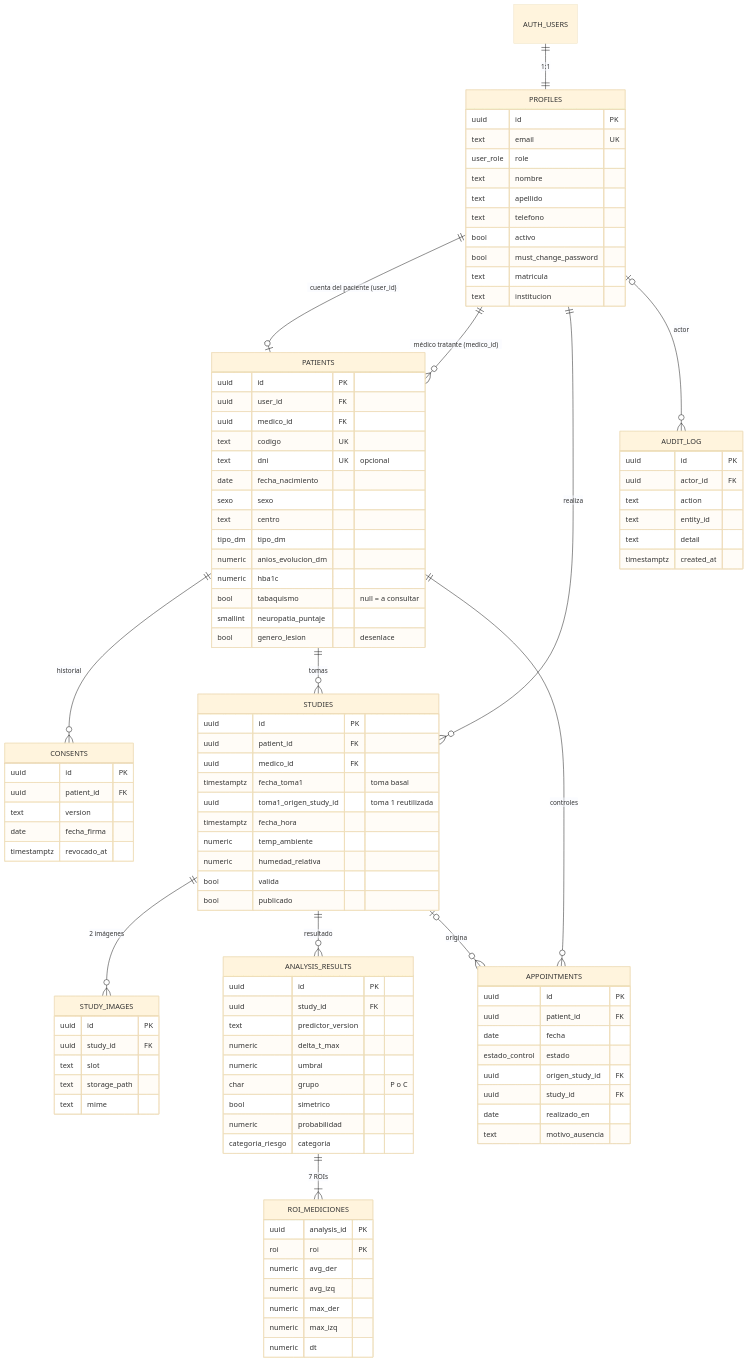
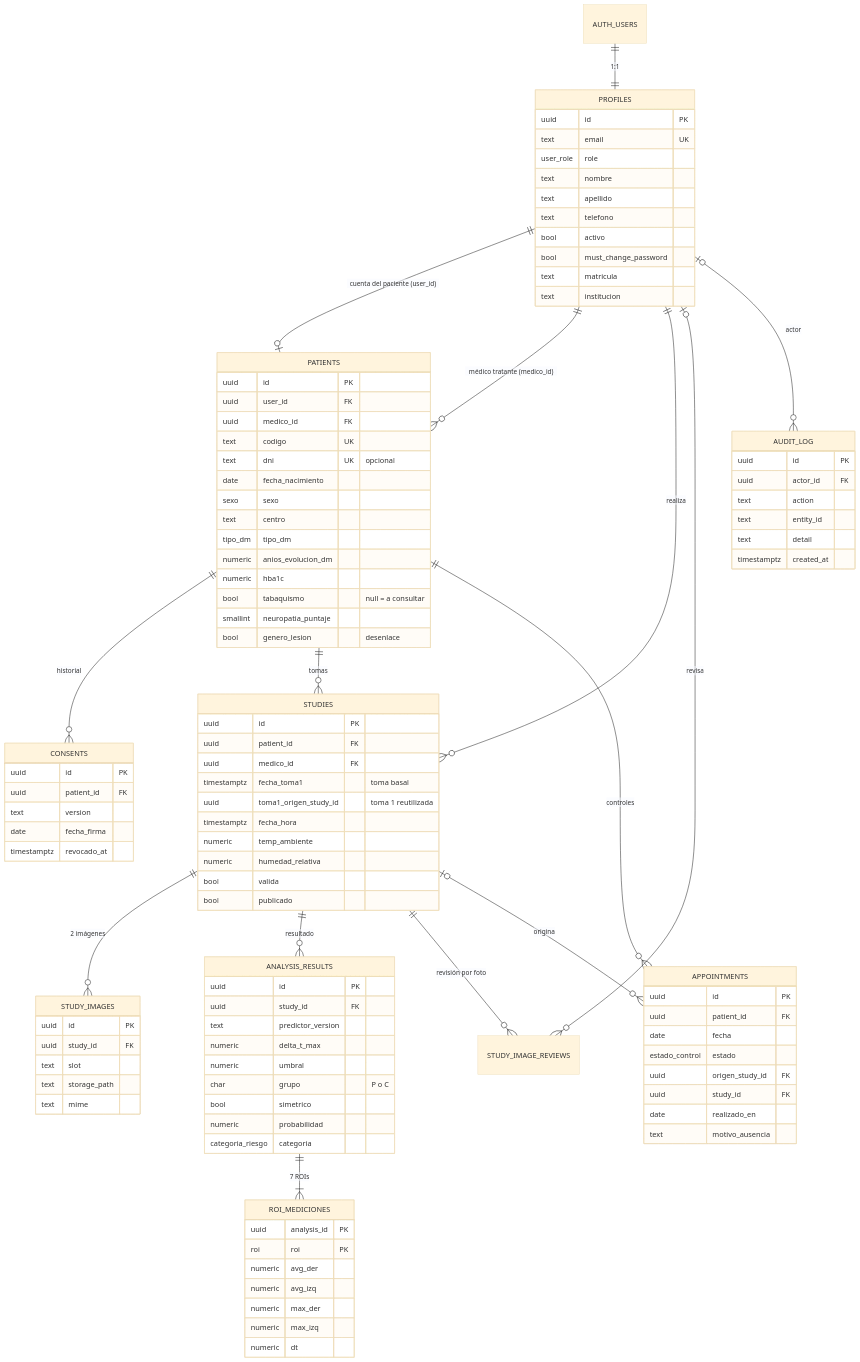
One commit to ivanjalid1/portal-pie-diabetico changed the diagram in docs/modelo-datos.md. Above: the diagram before and after it, drawn with Mermaid (base theme). The commit also changed other lines of this file and 24 other files, not shown here.

First line of the commit message:
feat(visor): revisión manual de cada foto del estudio

```diff
--- a/docs/modelo-datos.md
+++ b/docs/modelo-datos.md
@@ -16,6 +16,8 @@
   PROFILES ||--o{ STUDIES : "realiza"
   STUDIES ||--o{ STUDY_IMAGES : "2 imágenes"
   STUDIES ||--o{ ANALYSIS_RESULTS : "resultado"
+  STUDIES ||--o{ STUDY_IMAGE_REVIEWS : "revisión por foto"
+  PROFILES |o--o{ STUDY_IMAGE_REVIEWS : "revisa"
   ANALYSIS_RESULTS ||--|{ ROI_MEDICIONES : "7 ROIs"
   PATIENTS ||--o{ APPOINTMENTS : "controles"
   STUDIES |o--o{ APPOINTMENTS : "origina"
```
